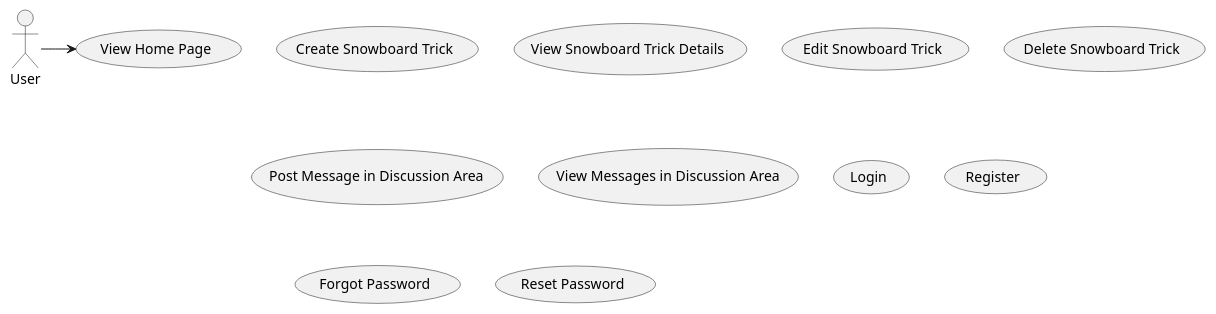
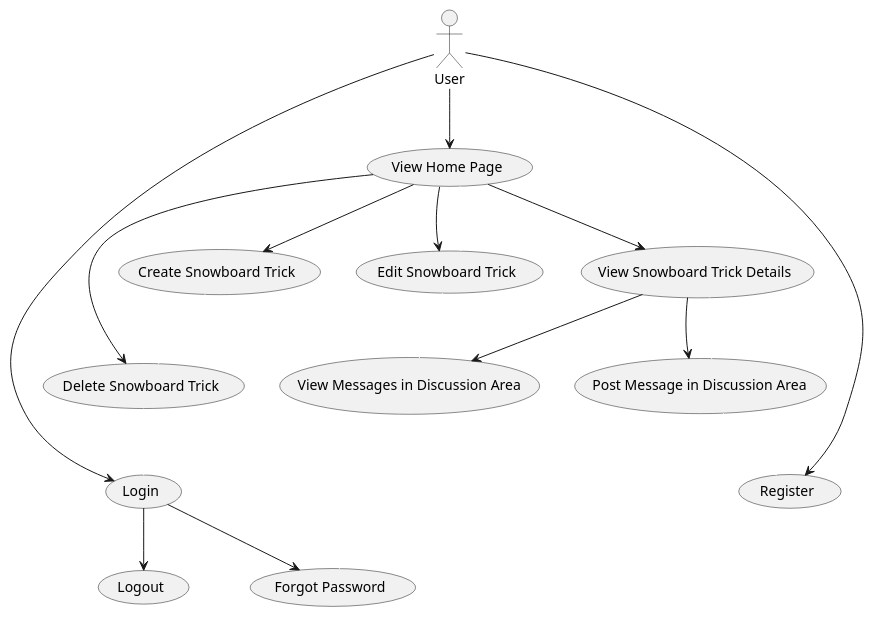
One commit to AlexisT37/Snowtricks changed the diagram in UML/Use cases/usecase.puml. Above: the diagram before and after it, drawn with PlantUML. The commit also changed 5 other files, not shown here.

Commit message:
feat: uml remain

```diff
--- a/UML/Use cases/usecase.puml
+++ b/UML/Use cases/usecase.puml
@@ -1,22 +1,39 @@
 @startuml usecase
 
 actor User
-
 
 usecase "View Home Page" as UC1
 usecase "Create Snowboard Trick" as UC2
 usecase "View Snowboard Trick Details" as UC3
 usecase "Edit Snowboard Trick" as UC4
 usecase "Delete Snowboard Trick" as UC5
 usecase "Post Message in Discussion Area" as UC6
 usecase "View Messages in Discussion Area" as UC7
 usecase "Login" as UC8
 usecase "Register" as UC9
 usecase "Forgot Password" as UC10
-usecase "Reset Password" as UC11
+usecase "Logout" as UC11
 
-User -> UC1
+User -down-> UC1
+UC1 -> UC4
+UC1 -> UC5
+User -> UC8
+User -> UC9
+UC8 -down-> UC10
+UC3 -> UC6
+UC3 -down-> UC7
+UC8 -down-> UC11
+UC1 -down-> UC2
+UC1 -down-> UC3
 
+'ORGANIZE_USECASE_GRID'
+UC1 -[#white,dotted]-> UC4
+UC4 -[#white,dotted]-> UC7
+UC7 -[#white,dotted]-> UC10
+UC2 -[#white,dotted]-> UC5
+UC5 -[#white,dotted]-> UC8
+UC3 -[#white,dotted]-> UC6
+UC6 -[#white,dotted]-> UC9
 
 
 @enduml
```
